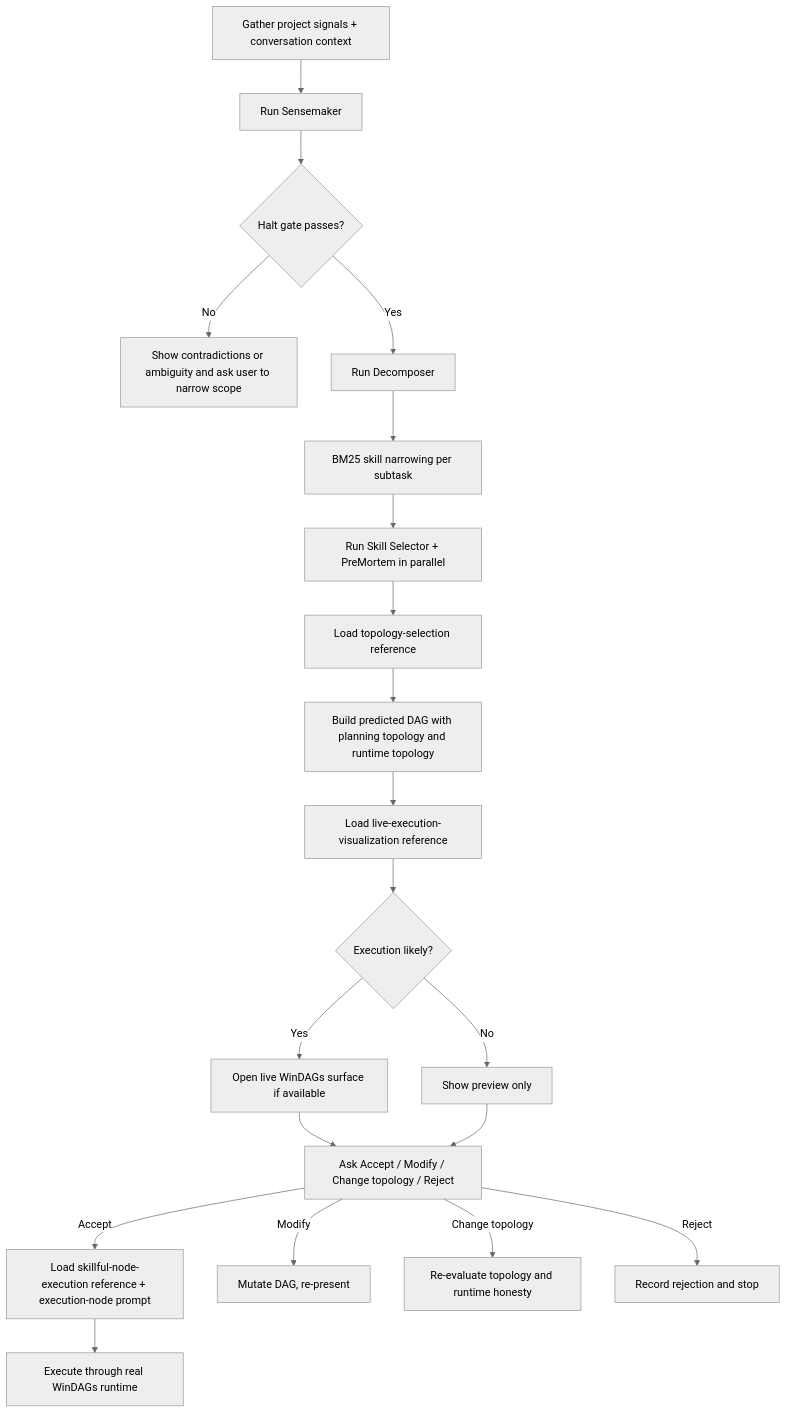
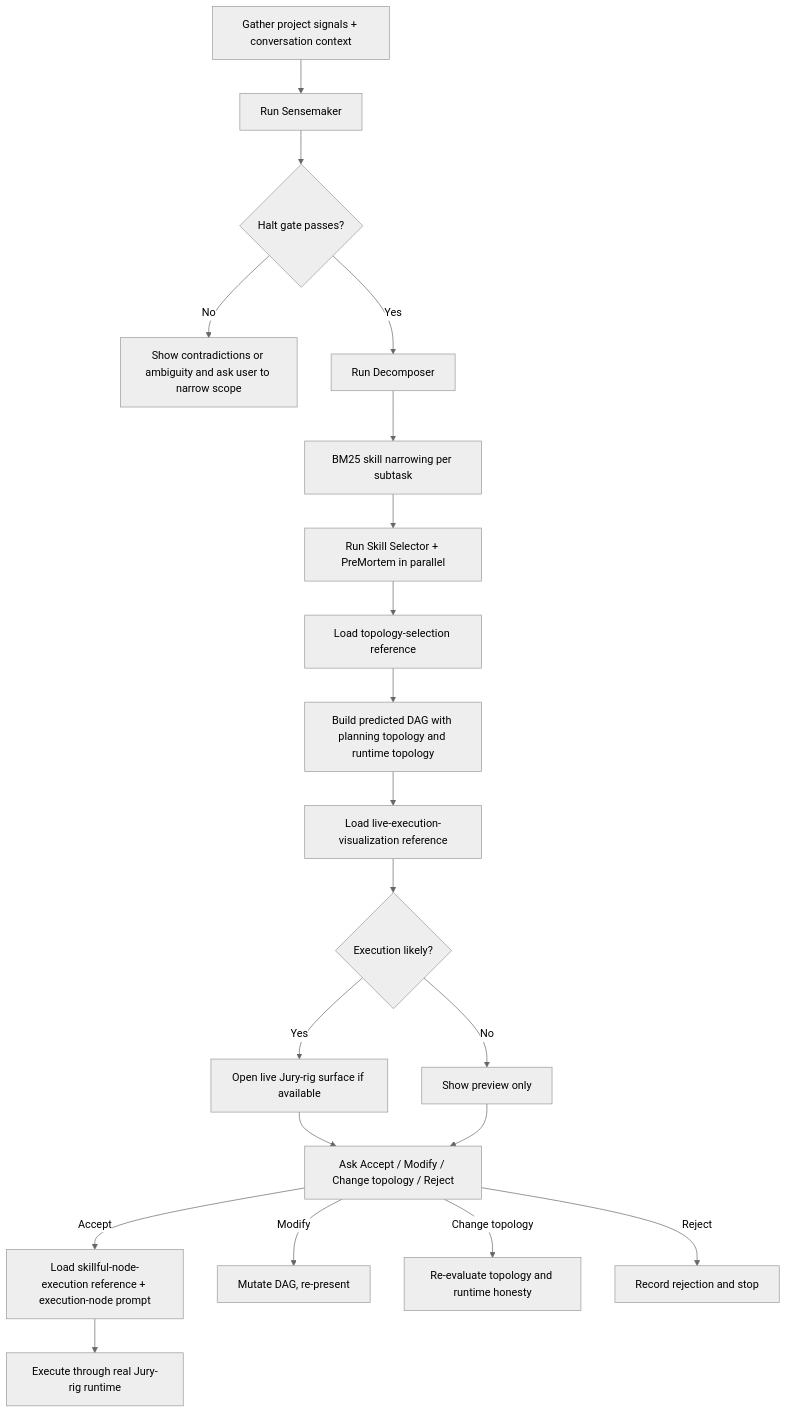
One commit to curiositech/port-daddy changed the diagram in skills/next-move/SKILL.md. Above: the diagram before and after it, drawn with Mermaid (neutral theme). The commit also changed other lines of this file and 495 other files, not shown here.

Commit message:
fix(jury-rig): remove retired runtime residue

````diff
--- a/skills/next-move/SKILL.md
+++ b/skills/next-move/SKILL.md
@@ -149,22 +149,22 @@
 ```mermaid
 flowchart TD
   A[Gather project signals + conversation context] --> B[Run Sensemaker]
   B --> C{Halt gate passes?}
   C -->|No| D[Show contradictions or ambiguity and ask user to narrow scope]
   C -->|Yes| E[Run Decomposer]
   E --> F[BM25 skill narrowing per subtask]
   F --> G[Run Skill Selector + PreMortem in parallel]
   G --> H[Load topology-selection reference]
   H --> I[Build predicted DAG with planning topology and runtime topology]
   I --> J[Load live-execution-visualization reference]
   J --> K{Execution likely?}
-  K -->|Yes| L[Open live WinDAGs surface if available]
+  K -->|Yes| L[Open live Jury-rig surface if available]
   K -->|No| M[Show preview only]
   L --> N[Ask Accept / Modify / Change topology / Reject]
   M --> N
   N -->|Accept| O[Load skillful-node-execution reference + execution-node prompt]
-  O --> P[Execute through real WinDAGs runtime]
+  O --> P[Execute through real Jury-rig runtime]
   N -->|Modify| Q[Mutate DAG, re-present]
   N -->|Change topology| R[Re-evaluate topology and runtime honesty]
   N -->|Reject| S[Record rejection and stop]
 ```
````
